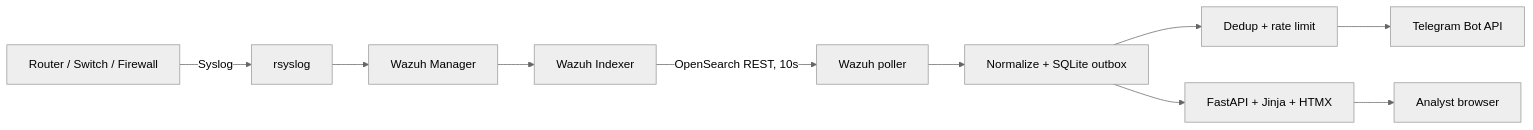
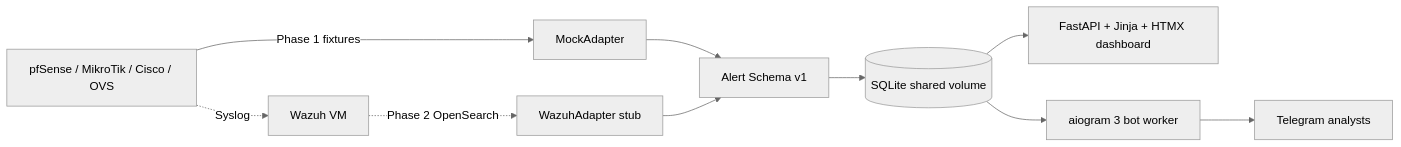
One commit to QuocVinhTrinhLam/NetworkSec changed the diagram in README.md. Above: the diagram before and after it, drawn with Mermaid (neutral theme). The commit also changed other lines of this file and 59 other files, not shown here.

````diff
--- a/README.md
+++ b/README.md
@@ -7,12 +10,12 @@
 ```mermaid
 flowchart LR
-    A[Router / Switch / Firewall] -->|Syslog| R[rsyslog]
-    R --> W[Wazuh Manager]
-    W --> I[Wazuh Indexer]
-    I -->|OpenSearch REST, 10s| P[Wazuh poller]
-    P --> N[Normalize + SQLite outbox]
-    N --> D[Dedup + rate limit]
-    D --> T[Telegram Bot API]
-    N --> F[FastAPI + Jinja + HTMX]
-    F --> B[Analyst browser]
+    DEV[pfSense / MikroTik / Cisco / OVS] -->|Phase 1 fixtures| MOCK[MockAdapter]
+    DEV -. Syslog .-> WAZUH[Wazuh VM]
+    WAZUH -. Phase 2 OpenSearch .-> WA[WazuhAdapter stub]
+    MOCK --> SCHEMA[Alert Schema v1]
+    WA --> SCHEMA
+    SCHEMA --> DB[(SQLite shared volume)]
+    DB --> WEB[FastAPI + Jinja + HTMX dashboard]
+    DB --> BOT[aiogram 3 bot worker]
+    BOT --> TG[Telegram analysts]
 ```
````
